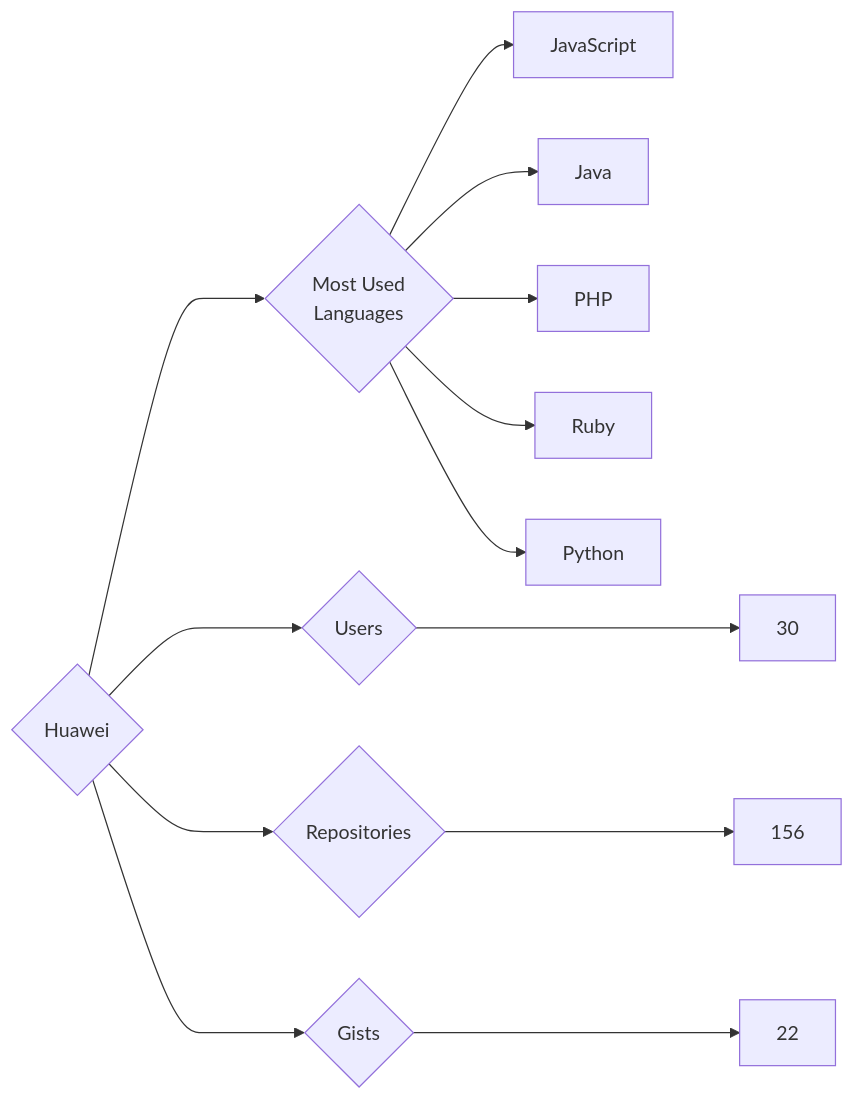
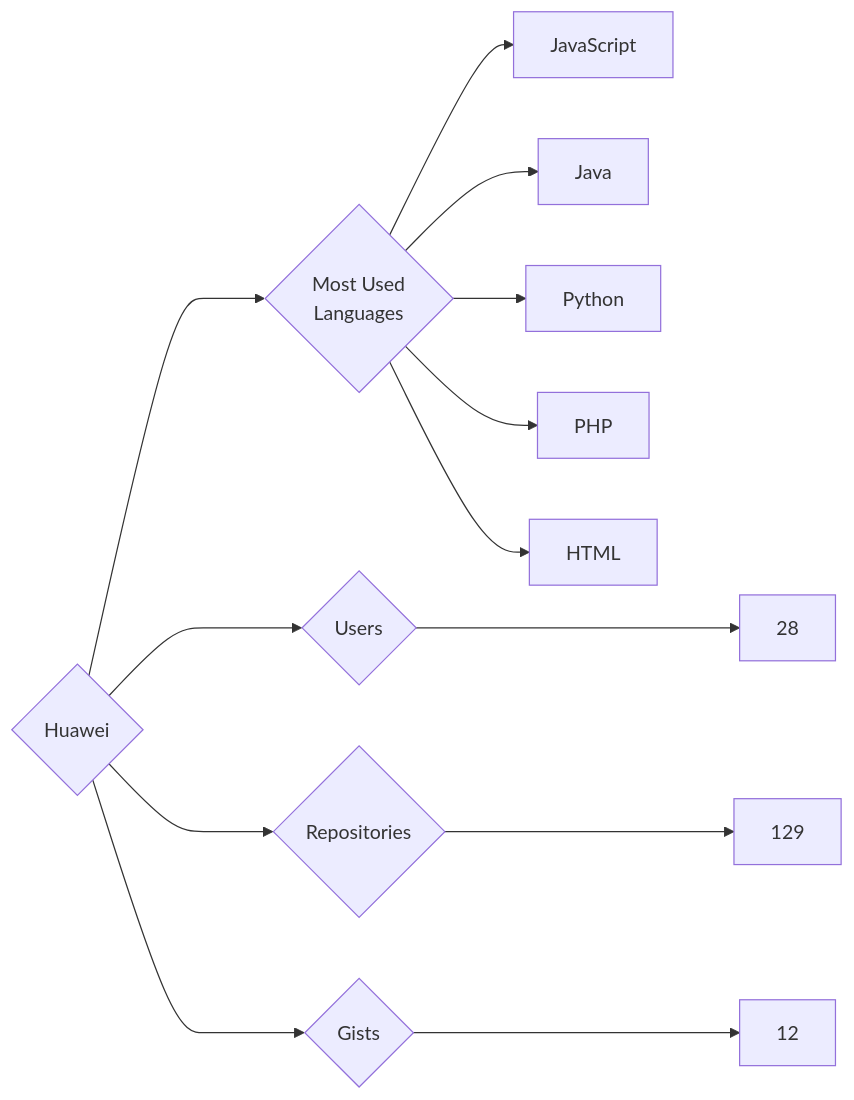
The diagram in targets/Huawei/README.md (trickest/insiders), drawn with Mermaid before and after one commit. The commit also changed 916 other files, not shown here.

````diff
--- a/targets/Huawei/README.md
+++ b/targets/Huawei/README.md
@@ -3,13 +3,13 @@
 ```mermaid
 graph LR
 COMPANY_NAME{Huawei}
-COMPANY_NAME ---> U{Users} ---> UN[30]
-COMPANY_NAME ---> R{Repositories} ---> RN[156]
-COMPANY_NAME ---> G{Gists} ---> GN[22]
+COMPANY_NAME ---> U{Users} ---> UN[28]
+COMPANY_NAME ---> R{Repositories} ---> RN[129]
+COMPANY_NAME ---> G{Gists} ---> GN[12]
 COMPANY_NAME ---> ML{Most Used<br>Languages}
 ML --> JavaScript[JavaScript]
 ML --> Java[Java]
+ML --> Python[Python]
 ML --> PHP[PHP]
-ML --> Ruby[Ruby]
-ML --> Python[Python]
+ML --> HTML[HTML]
 ```
````
